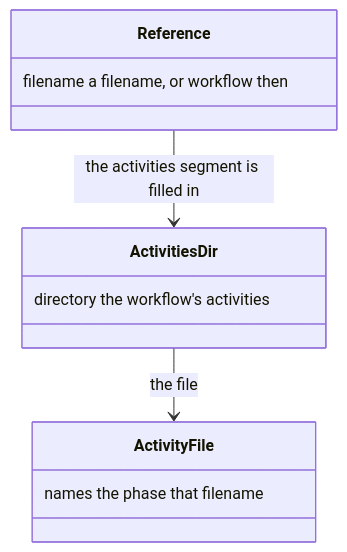
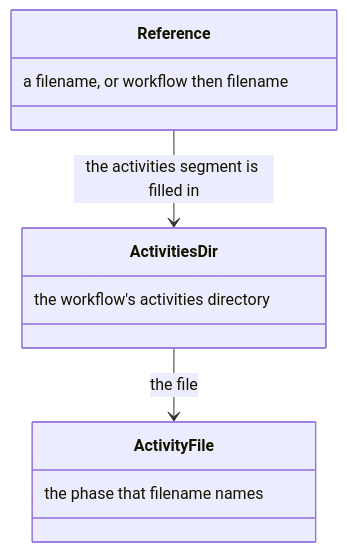
Before and after one commit to m2ux/workflow-server: diagram 12 of 34 in docs/resolution.md, drawn with Mermaid. The commit also changed other lines of this file and 10 other files, not shown here.

Commit message:
Write each class-box note in reading order so the diagram shows the phrase as written.

````diff
--- a/docs/resolution.md
+++ b/docs/resolution.md
@@ -234,14 +234,14 @@
 ```mermaid
 classDiagram
   class Reference {
-    filename a filename, or workflow then
+    a filename, or workflow then filename
   }
   class ActivitiesDir {
-    directory the workflow's activities
+    the workflow's activities directory
   }
   class ActivityFile {
-    names the phase that filename
+    the phase that filename names
   }
   Reference --> ActivitiesDir : the activities segment is filled in
   ActivitiesDir --> ActivityFile : the file
 ```
````
